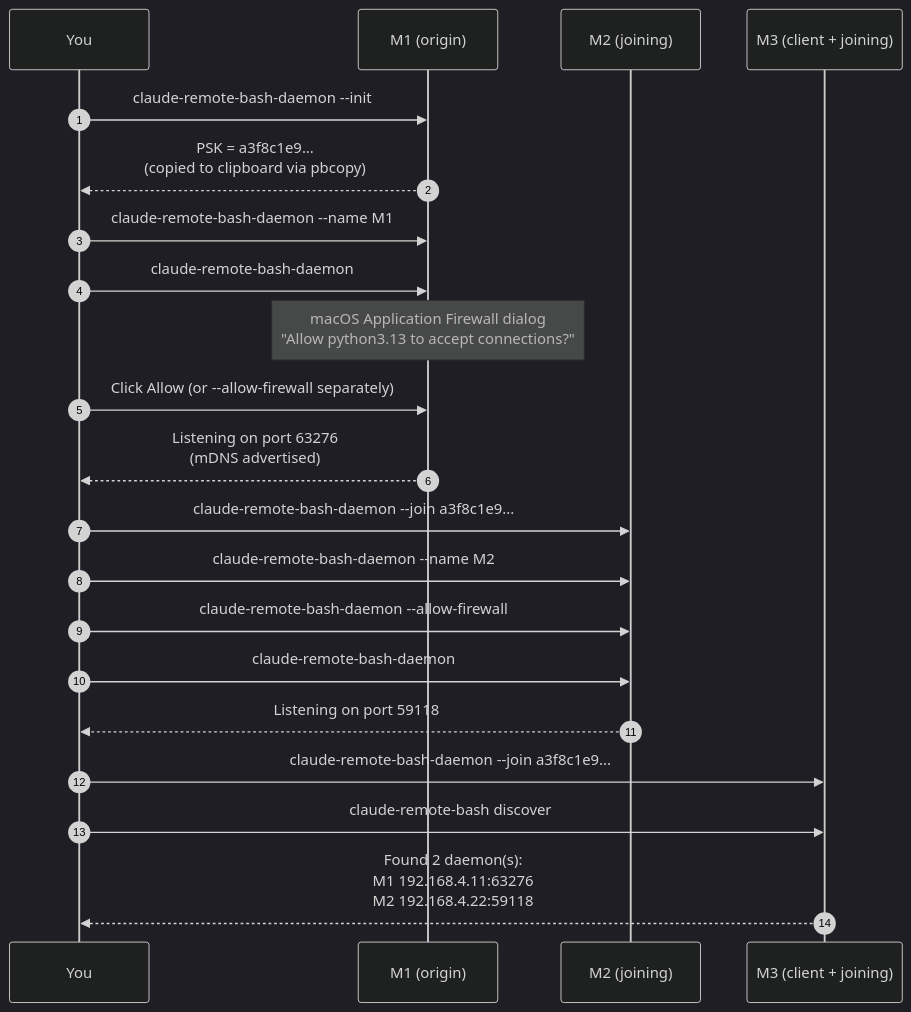
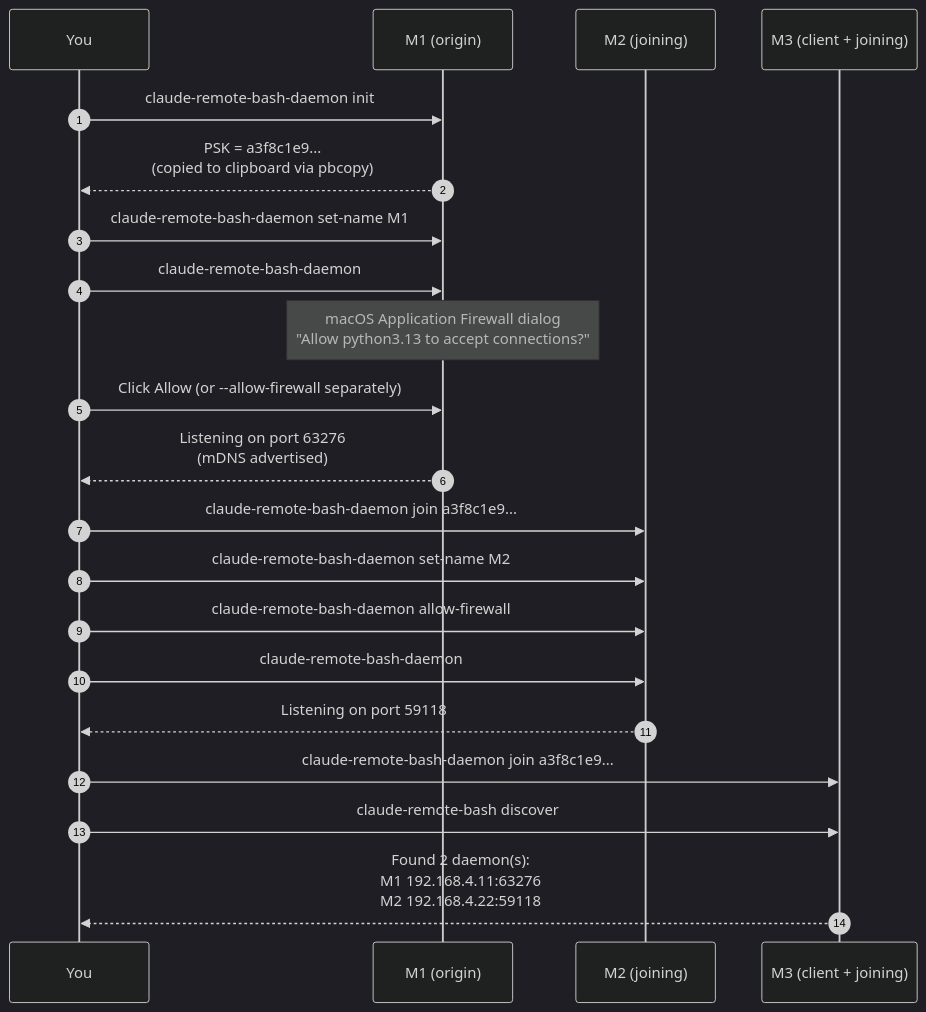
The second of 2 diagrams in mcp/claude-remote-bash/README.md (chrisguillory/claude-workspace), drawn with Mermaid (dark theme) before and after one commit. The commit also changed other lines of this file and 2 other files, not shown here.

First line of the commit message:
refactor(claude-remote-bash): migrate daemon CLI to typer subcommands

````diff
--- a/mcp/claude-remote-bash/README.md
+++ b/mcp/claude-remote-bash/README.md
@@ -74,26 +74,26 @@
 ```mermaid
 sequenceDiagram
     autonumber
     participant U as You
     participant M1 as M1 (origin)
     participant M2 as M2 (joining)
     participant M3 as M3 (client + joining)
 
-    U->>M1: claude-remote-bash-daemon --init
+    U->>M1: claude-remote-bash-daemon init
     M1-->>U: PSK = a3f8c1e9...<br/>(copied to clipboard via pbcopy)
-    U->>M1: claude-remote-bash-daemon --name M1
+    U->>M1: claude-remote-bash-daemon set-name M1
     U->>M1: claude-remote-bash-daemon
     Note over M1: macOS Application Firewall dialog<br/>"Allow python3.13 to accept connections?"
     U->>M1: Click Allow (or --allow-firewall separately)
     M1-->>U: Listening on port 63276<br/>(mDNS advertised)
 
-    U->>M2: claude-remote-bash-daemon --join a3f8c1e9...
-    U->>M2: claude-remote-bash-daemon --name M2
-    U->>M2: claude-remote-bash-daemon --allow-firewall
+    U->>M2: claude-remote-bash-daemon join a3f8c1e9...
+    U->>M2: claude-remote-bash-daemon set-name M2
+    U->>M2: claude-remote-bash-daemon allow-firewall
     U->>M2: claude-remote-bash-daemon
     M2-->>U: Listening on port 59118
 
-    U->>M3: claude-remote-bash-daemon --join a3f8c1e9...
+    U->>M3: claude-remote-bash-daemon join a3f8c1e9...
     U->>M3: claude-remote-bash discover
     M3-->>U: Found 2 daemon(s):<br/>  M1 192.168.4.11:63276<br/>  M2 192.168.4.22:59118
 ```
````
